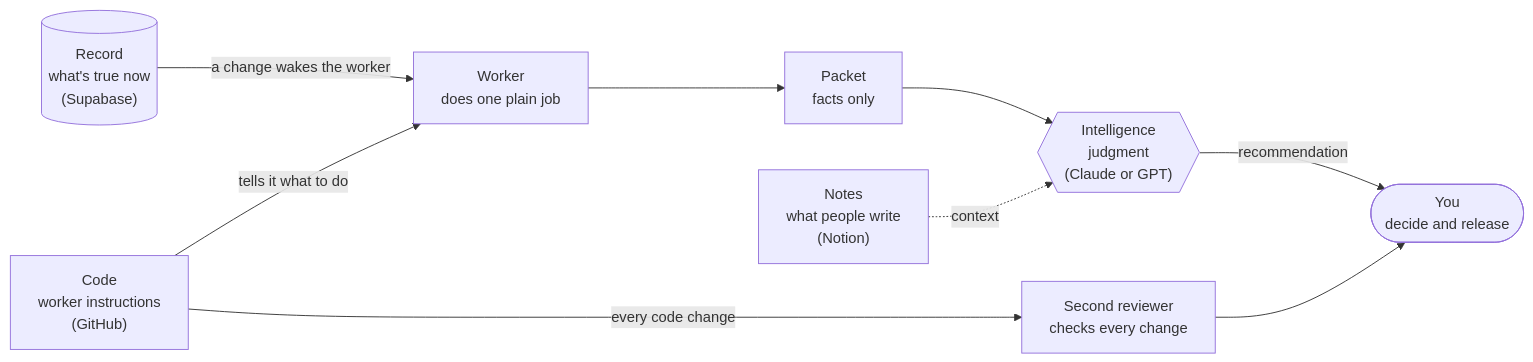
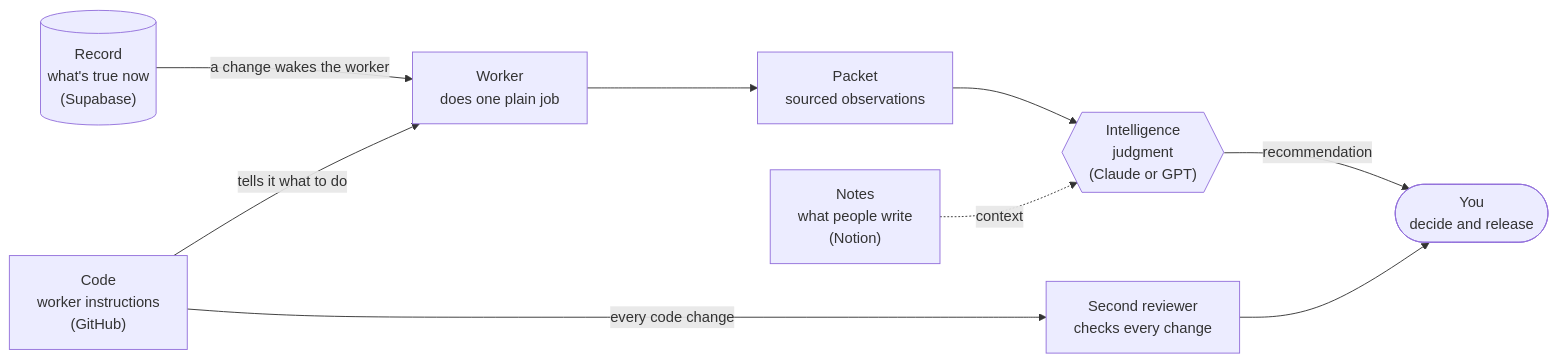
One commit to kelliepatry/kelliepatry changed the diagram in articles/your-first-worker.md. Above: the diagram before and after it, drawn with Mermaid. The commit also changed other lines of this file, not shown here.

````diff
--- a/articles/your-first-worker.md
+++ b/articles/your-first-worker.md
@@ -125,18 +127,18 @@
 ```mermaid
 flowchart LR
     R[("Record<br/>what's true now<br/>(Supabase)")]
     N["Notes<br/>what people write<br/>(Notion)"]
     C["Code<br/>worker instructions<br/>(GitHub)"]
     W["Worker<br/>does one plain job"]
-    P["Packet<br/>facts only"]
+    P["Packet<br/>sourced observations"]
     AI{{"Intelligence<br/>judgment<br/>(Claude or GPT)"}}
     K["Second reviewer<br/>checks every change"]
     Y(["You<br/>decide and release"])
 
     R -- "a change wakes the worker" --> W
     C -- "tells it what to do" --> W
     W --> P --> AI
     N -. "context" .-> AI
     AI -- "recommendation" --> Y
     C -- "every code change" --> K --> Y
 ```
````
